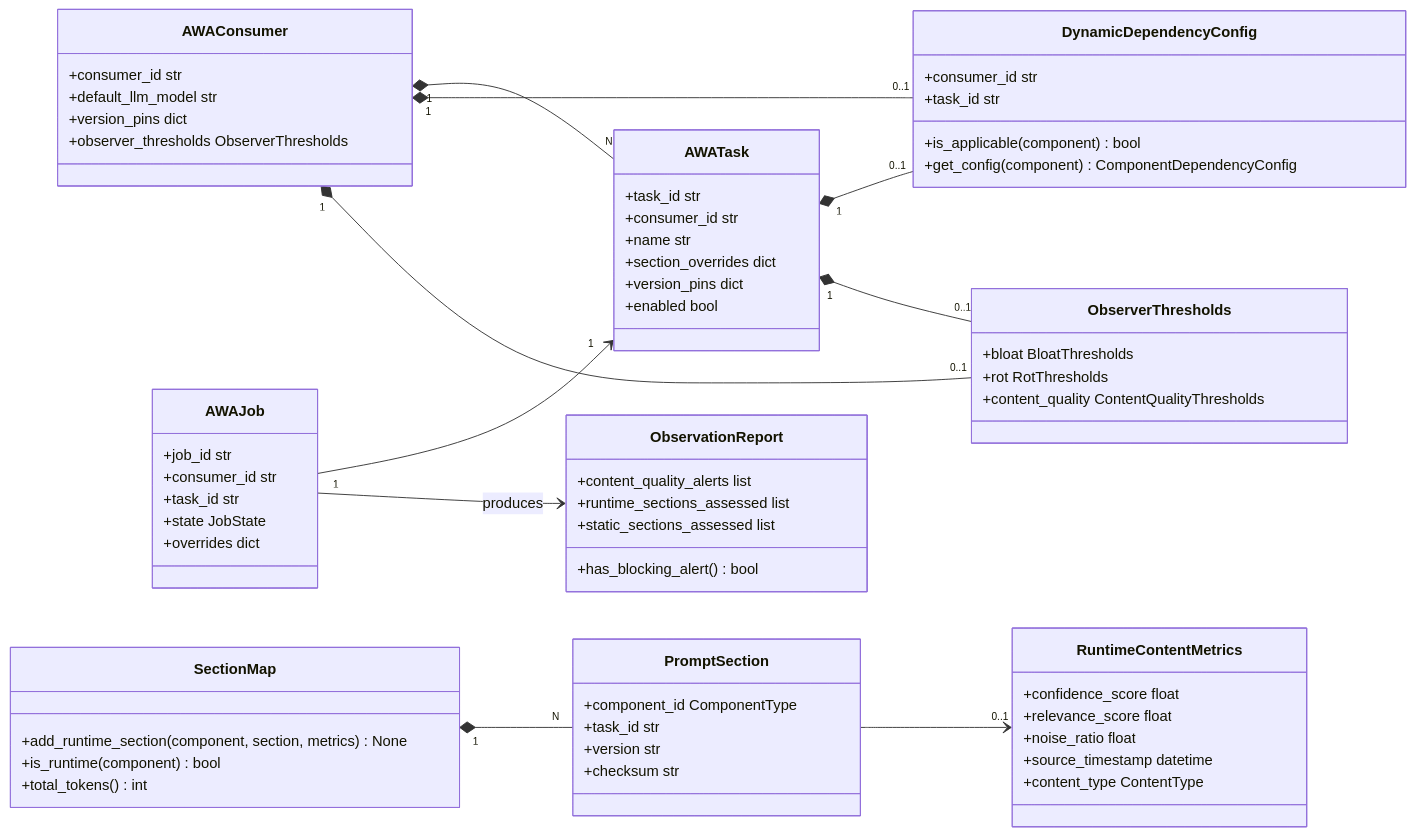
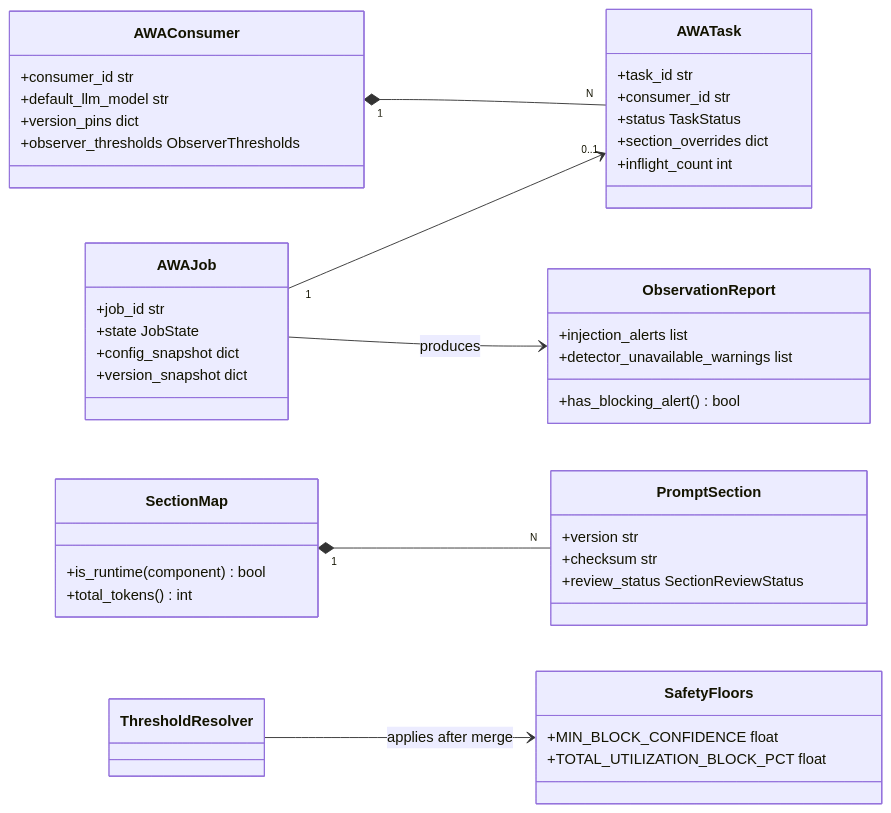
One commit to Siddharth2908/Prompt_Builder changed the first of 4 diagrams in AWA_Agent_Cortex_TDD.md. Above: the diagram before and after it, drawn with Mermaid. The commit also changed other lines of this file, not shown here.

````diff
--- a/AWA_Agent_Cortex_TDD.md
+++ b/AWA_Agent_Cortex_TDD.md
@@ -1386,71 +1584,48 @@
 ```mermaid
 classDiagram
     direction LR
 
     class AWAConsumer {
         +consumer_id str
         +default_llm_model str
         +version_pins dict
         +observer_thresholds ObserverThresholds
     }
     class AWATask {
         +task_id str
         +consumer_id str
-        +name str
+        +status TaskStatus
         +section_overrides dict
-        +version_pins dict
-        +enabled bool
-    }
-    class DynamicDependencyConfig {
-        +consumer_id str
-        +task_id str
-        +is_applicable(component) bool
-        +get_config(component) ComponentDependencyConfig
-    }
-    class ObserverThresholds {
-        +bloat BloatThresholds
-        +rot RotThresholds
-        +content_quality ContentQualityThresholds
+        +inflight_count int
     }
     class AWAJob {
         +job_id str
-        +consumer_id str
-        +task_id str
         +state JobState
-        +overrides dict
+        +config_snapshot dict
+        +version_snapshot dict
     }
     class SectionMap {
-        +add_runtime_section(component, section, metrics) None
         +is_runtime(component) bool
         +total_tokens() int
     }
     class PromptSection {
-        +component_id ComponentType
-        +task_id str
         +version str
         +checksum str
-    }
-    class RuntimeContentMetrics {
-        +confidence_score float
-        +relevance_score float
-        +noise_ratio float
-        +source_timestamp datetime
-        +content_type ContentType
+        +review_status SectionReviewStatus
     }
     class ObservationReport {
-        +content_quality_alerts list
-        +runtime_sections_assessed list
-        +static_sections_assessed list
+        +injection_alerts list
+        +detector_unavailable_warnings list
         +has_blocking_alert() bool
+    }
+    class SafetyFloors {
+        +MIN_BLOCK_CONFIDENCE float
+        +TOTAL_UTILIZATION_BLOCK_PCT float
     }
 
     AWAConsumer "1" *-- "N" AWATask
-    AWAConsumer "1" *-- "0..1" DynamicDependencyConfig
-    AWAConsumer "1" *-- "0..1" ObserverThresholds
-    AWATask "1" *-- "0..1" DynamicDependencyConfig
-    AWATask "1" *-- "0..1" ObserverThresholds
-    AWAJob "1" --> "1" AWATask
+    AWAJob "1" --> "0..1" AWATask
     AWAJob --> ObservationReport : produces
     SectionMap "1" *-- "N" PromptSection
-    PromptSection --> "0..1" RuntimeContentMetrics
+    ThresholdResolver --> SafetyFloors : applies after merge
 ```
````
